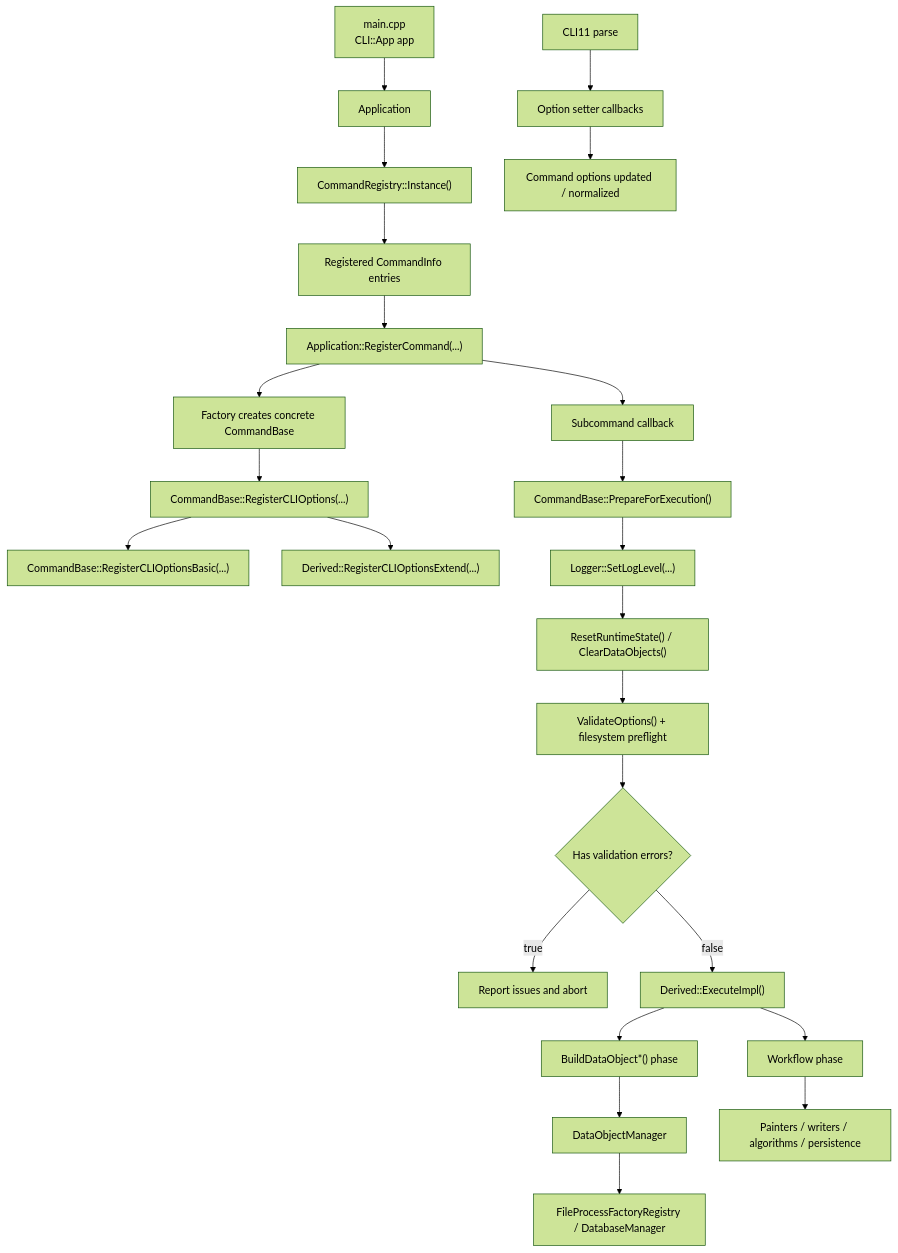
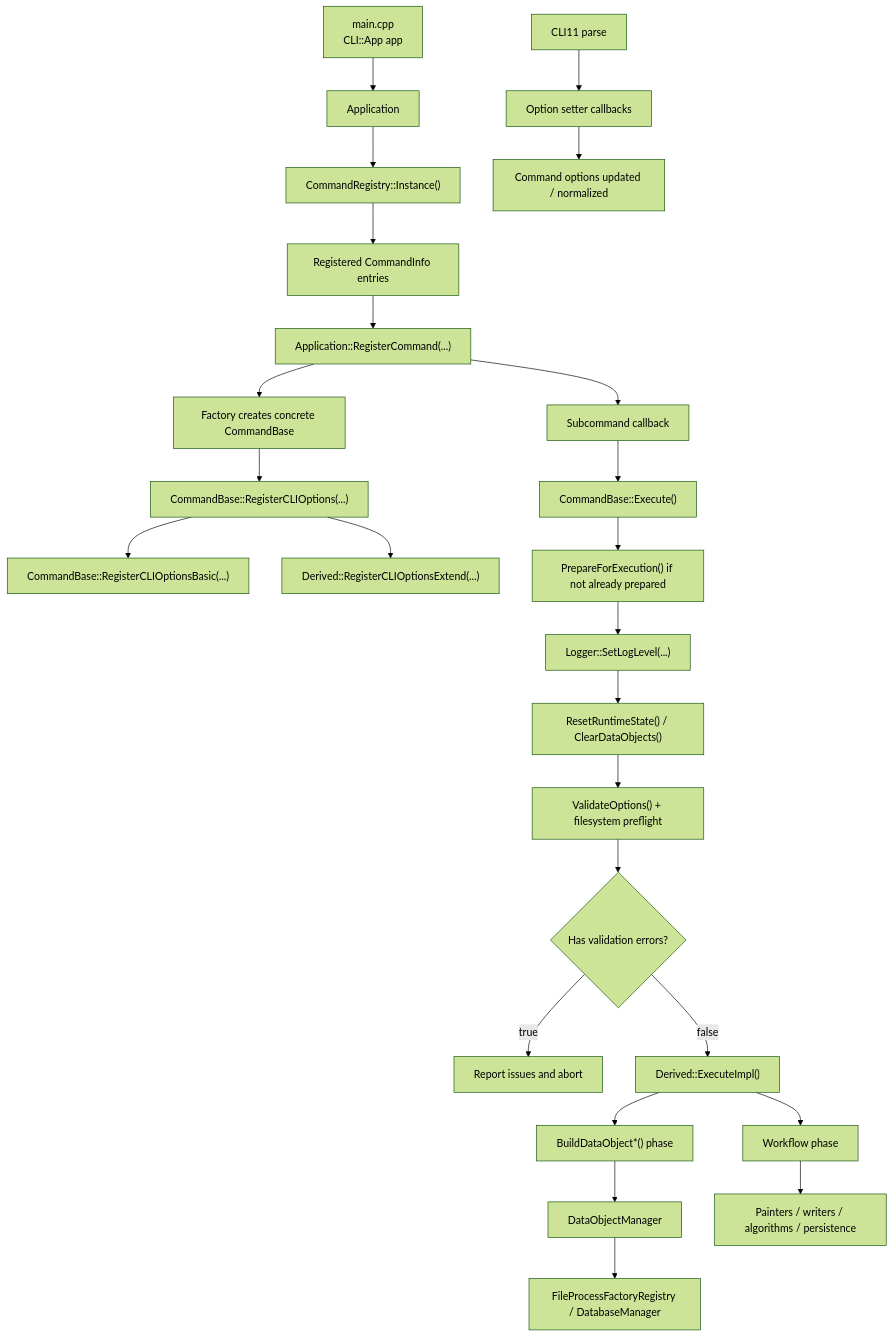
One commit to yslianTim/rhbm_gem changed the first of 2 diagrams in docs/developer/architecture/command-architecture.md. Above: the diagram before and after it, drawn with Mermaid (forest theme). The commit also changed other lines of this file and 36 other files, not shown here.

````diff
--- a/docs/developer/architecture/command-architecture.md
+++ b/docs/developer/architecture/command-architecture.md
@@ -20,30 +20,31 @@
 ```mermaid
 flowchart TD
     A["main.cpp<br/>CLI::App app"] --> B["Application"]
     B --> C["CommandRegistry::Instance()"]
     C --> D["Registered CommandInfo entries"]
 
     D --> E["Application::RegisterCommand(...)"]
     E --> F["Factory creates concrete CommandBase"]
     F --> G["CommandBase::RegisterCLIOptions(...)"]
     G --> H["CommandBase::RegisterCLIOptionsBasic(...)"]
     G --> I["Derived::RegisterCLIOptionsExtend(...)"]
 
     J["CLI11 parse"] --> K["Option setter callbacks"]
     K --> L["Command options updated / normalized"]
 
     E --> M["Subcommand callback"]
-    M --> N["CommandBase::PrepareForExecution()"]
-    N --> O["Logger::SetLogLevel(...)"]
-    O --> P["ResetRuntimeState() / ClearDataObjects()"]
-    P --> Q["ValidateOptions() + filesystem preflight"]
-    Q --> R{"Has validation errors?"}
-    R -- true --> S["Report issues and abort"]
-    R -- false --> T["Derived::ExecuteImpl()"]
+    M --> N["CommandBase::Execute()"]
+    N --> O["PrepareForExecution() if not already prepared"]
+    O --> P["Logger::SetLogLevel(...)"]
+    P --> Q["ResetRuntimeState() / ClearDataObjects()"]
+    Q --> R["ValidateOptions() + filesystem preflight"]
+    R --> S{"Has validation errors?"}
+    S -- true --> T["Report issues and abort"]
+    S -- false --> U["Derived::ExecuteImpl()"]
 
-    T --> U["BuildDataObject*() phase"]
-    U --> V["DataObjectManager"]
-    V --> W["FileProcessFactoryRegistry / DatabaseManager"]
-    T --> X["Workflow phase"]
-    X --> Y["Painters / writers / algorithms / persistence"]
+    U --> V["BuildDataObject*() phase"]
+    V --> W["DataObjectManager"]
+    W --> X["FileProcessFactoryRegistry / DatabaseManager"]
+    U --> Y["Workflow phase"]
+    Y --> Z["Painters / writers / algorithms / persistence"]
 ```
````
